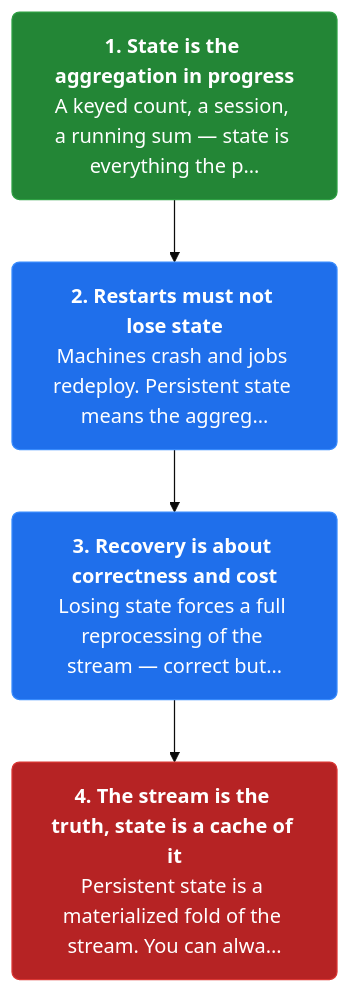
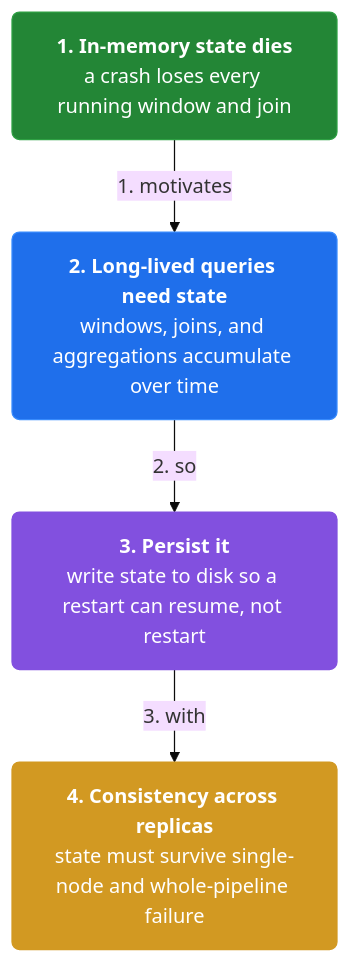
Before and after one commit to vinayakuber/streaming-systems-study-guide: the first of 19 diagrams in docs/ch07-the-practicalities-of-persistent-state.md, drawn with Mermaid (base theme). The commit also changed other lines of this file and 12 other files, not shown here.

First line of the commit message:
Author per-section and per-card mermaid diagrams (110 diagrams)

````diff
--- a/docs/ch07-the-practicalities-of-persistent-state.md
+++ b/docs/ch07-the-practicalities-of-persistent-state.md
@@ -13,13 +13,15 @@
 ```mermaid
 flowchart TD
-  classDef step fill:#1f6feb,color:#ffffff,stroke:#388bfd,stroke-width:1px,rx:6
+  classDef step fill:#1f6feb,color:#ffffff,stroke:#388bfd,rx:6
+  classDef core fill:#8250df,color:#ffffff,stroke:#8250df,rx:6
+  classDef warn fill:#d29922,color:#ffffff,stroke:#d29922,rx:6
   classDef start fill:#238636,color:#ffffff,stroke:#2ea043,rx:6
   classDef stop fill:#b62324,color:#ffffff,stroke:#da3633,rx:6
-  s0n0["<b>1. State is the aggregation in progress</b><br/>A keyed count, a session, a running sum — state is everything the p…"]:::start
-  s0n1["<b>2. Restarts must not lose state</b><br/>Machines crash and jobs redeploy. Persistent state means the aggreg…"]:::step
-  s0n2["<b>3. Recovery is about correctness and cost</b><br/>Losing state forces a full reprocessing of the stream — correct but…"]:::step
-  s0n3["<b>4. The stream is the truth, state is a cache of it</b><br/>Persistent state is a materialized fold of the stream. You can alwa…"]:::stop
-  s0n0 --> s0n1
-  s0n1 --> s0n2
-  s0n2 --> s0n3
+  n0["<b>1. In-memory state dies</b><br/>a crash loses every running window and join"]:::start
+  n1["<b>2. Long-lived queries need state</b><br/>windows, joins, and aggregations accumulate over time"]:::step
+  n2["<b>3. Persist it</b><br/>write state to disk so a restart can resume, not restart"]:::core
+  n3["<b>4. Consistency across replicas</b><br/>state must survive single-node and whole-pipeline failure"]:::warn
+  n0 -->|"1. motivates"| n1
+  n1 -->|"2. so"| n2
+  n2 -->|"3. with"| n3
 ```
````
